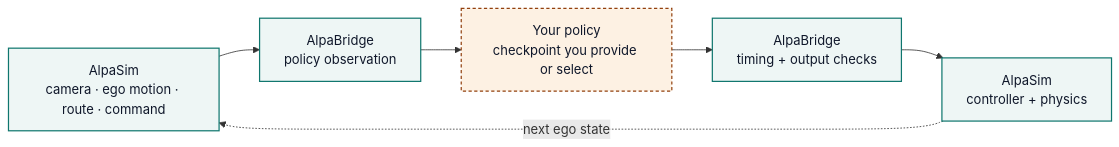
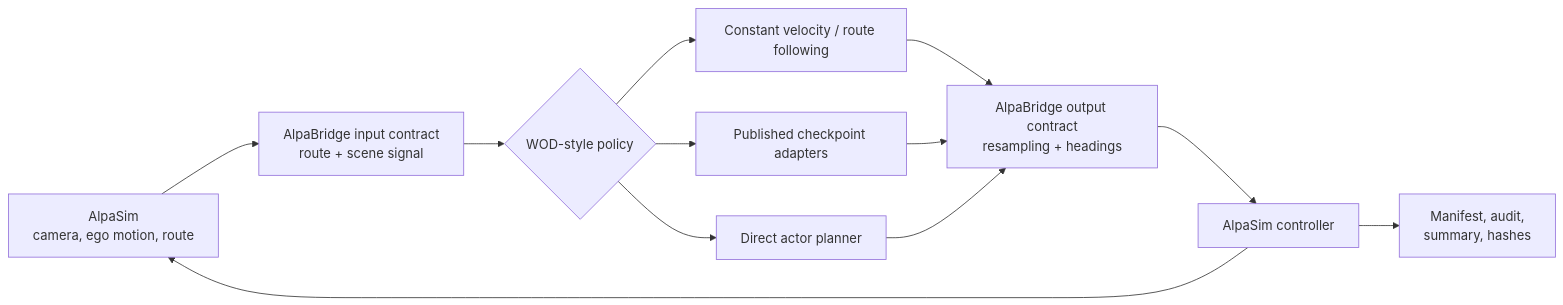
The diagram in README.md (amtellezfernandez/AlpaBridge), drawn with Mermaid before and after one commit. The commit also changed other lines of this file and 21 other files, not shown here.

````diff
--- a/README.md
+++ b/README.md
@@ -66,14 +331,14 @@
 ```mermaid
 flowchart LR
-    A["AlpaSim<br/>camera · ego motion · route · command"] --> B["AlpaBridge<br/>policy observation"]
-    B --> C["Your policy<br/>checkpoint you provide or select"]
-    C --> D["AlpaBridge<br/>timing + output checks"]
-    D --> E["AlpaSim<br/>controller + physics"]
-    E -.->|next ego state| A
-
-    style A fill:#eef6f5,stroke:#0f766e,stroke-width:1.5px,color:#0f172a
-    style B fill:#eef6f5,stroke:#0f766e,stroke-width:1.5px,color:#0f172a
-    style C fill:#fdf1e3,stroke:#92400e,stroke-width:1.5px,stroke-dasharray: 4 3,color:#0f172a
-    style D fill:#eef6f5,stroke:#0f766e,stroke-width:1.5px,color:#0f172a
-    style E fill:#eef6f5,stroke:#0f766e,stroke-width:1.5px,color:#0f172a
+    A[AlpaSim<br/>camera, ego motion, route] --> B[AlpaBridge input contract<br/>route + scene signal]
+    B --> C{WOD-style policy}
+    C --> D[Constant velocity / route following]
+    C --> E[Published checkpoint adapters]
+    C --> F[Direct actor planner]
+    D --> G[AlpaBridge output contract<br/>resampling + headings]
+    E --> G
+    F --> G
+    G --> H[AlpaSim controller]
+    H --> A
+    H --> I[Manifest, audit,<br/>summary, hashes]
 ```
````
